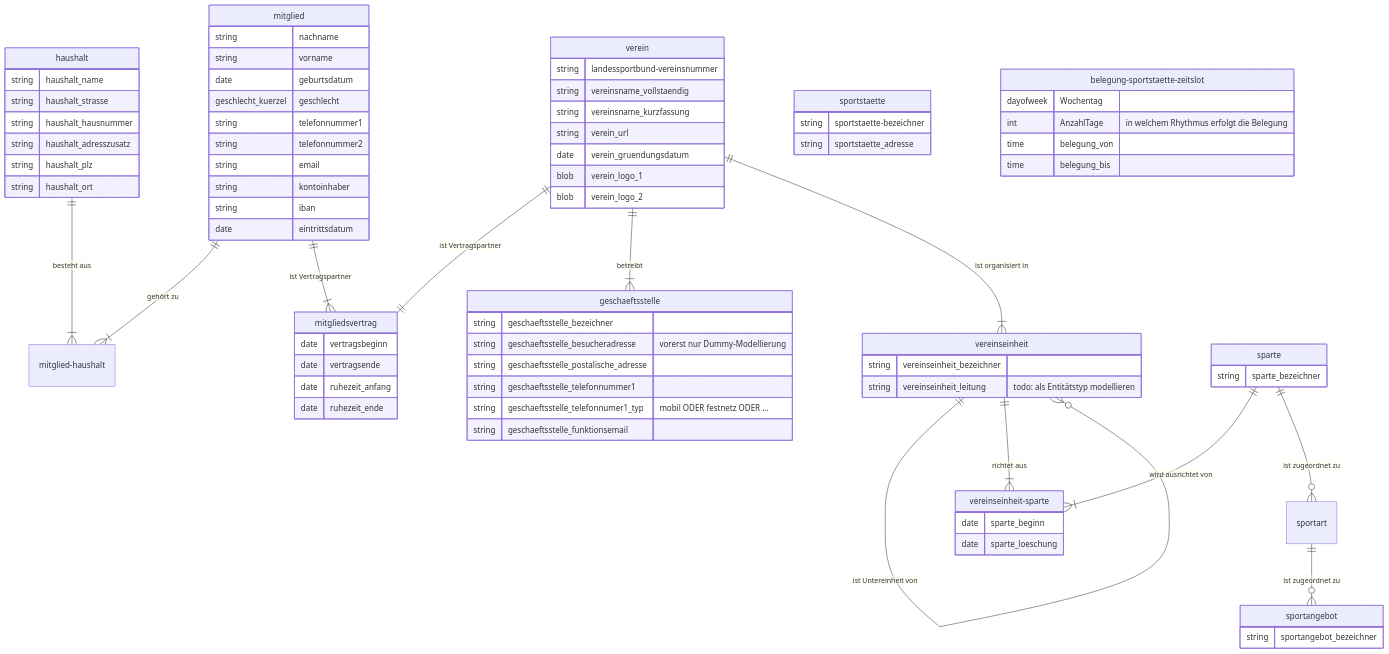
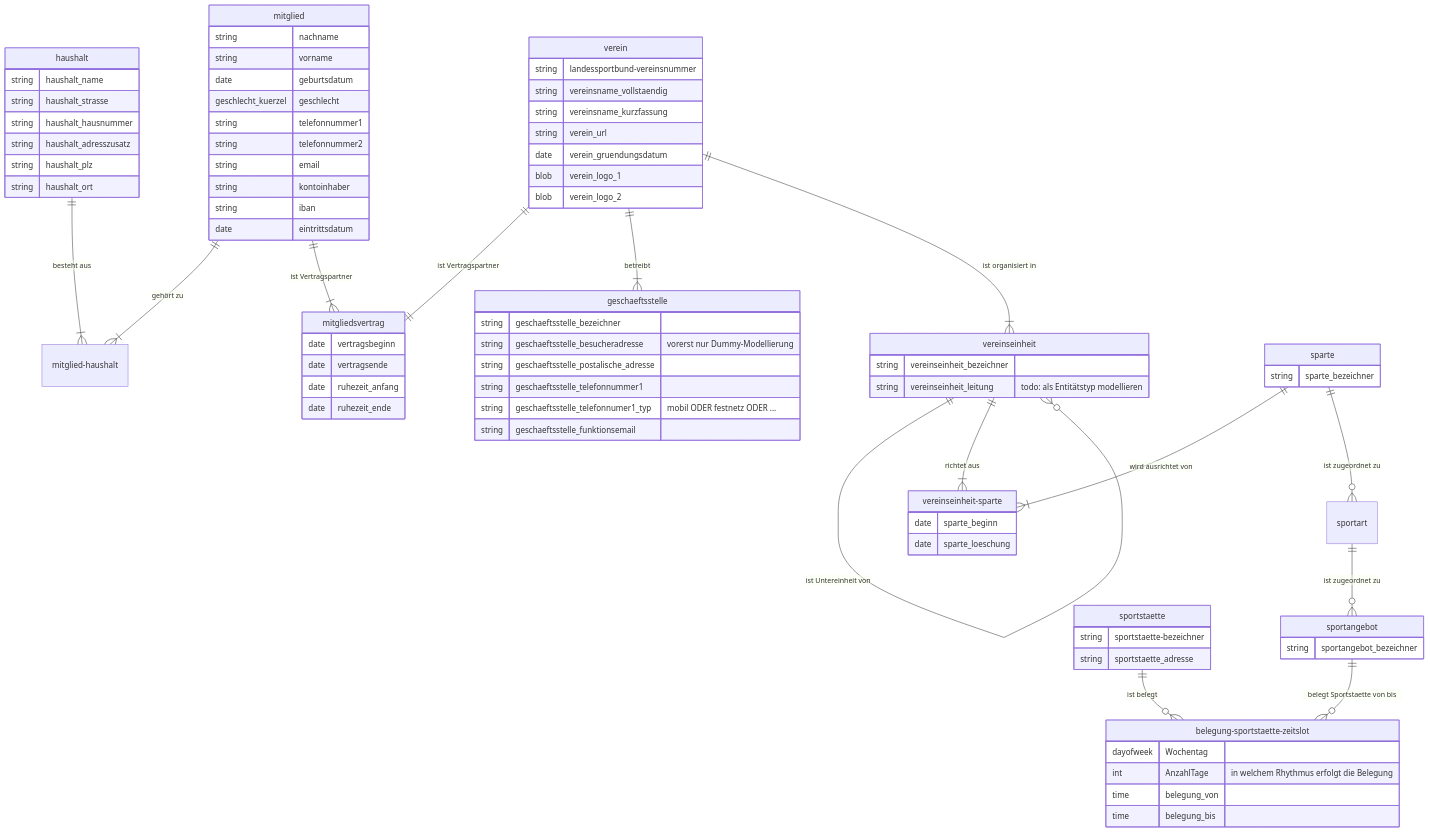
The diagram in database-schema/sportyweb-schema.md (Lehrstuhl-BWL-EvIS/sportyweb), drawn with Mermaid before and after one commit. The commit also changed other lines of this file, not shown here.

```diff
--- a/database-schema/sportyweb-schema.md
+++ b/database-schema/sportyweb-schema.md
@@ -39,6 +39,8 @@
           sparte ||--|{ vereinseinheit-sparte : "wird ausrichtet von"
           sparte ||--o{ sportart : "ist zugeordnet zu"
           sportart ||--o{ sportangebot : "ist zugeordnet zu"
+          sportangebot ||--o{ belegung-sportstaette-zeitslot : "belegt Sportstaette von bis"
+          sportstaette ||--o{ belegung-sportstaette-zeitslot : "ist belegt"
 
           mitglied {
             string nachname
```
